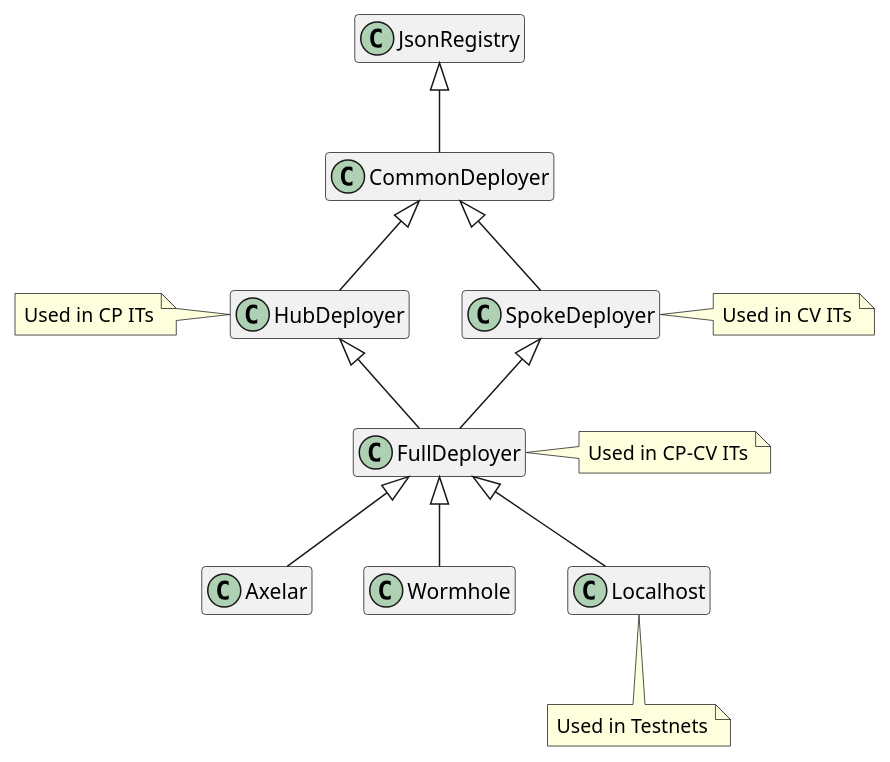
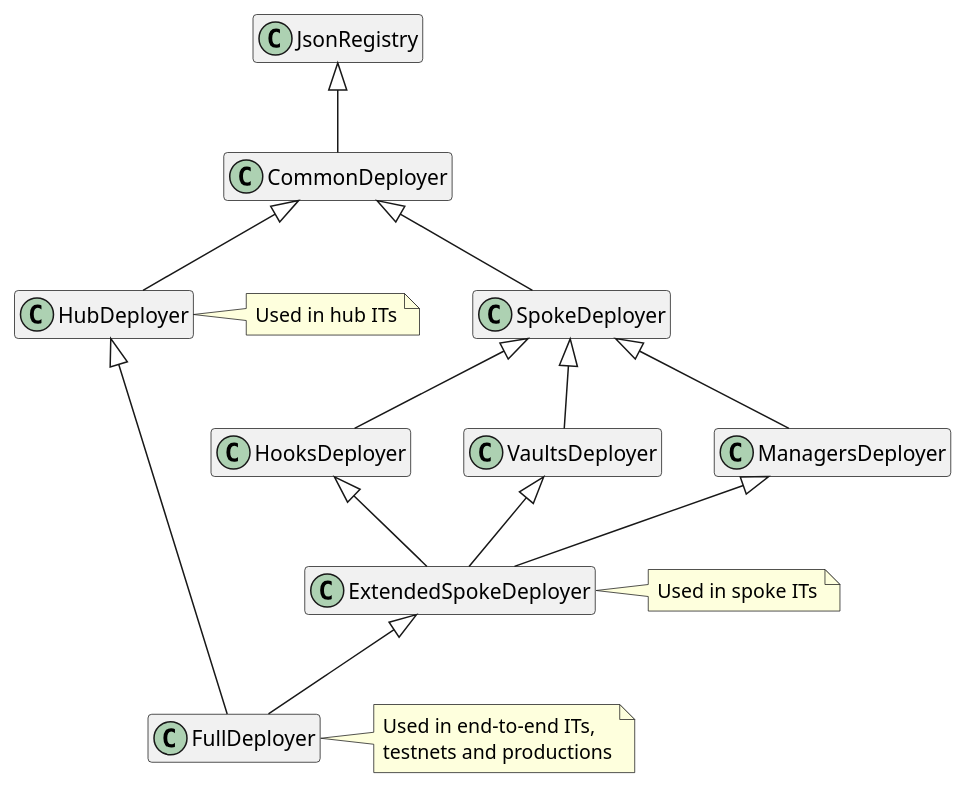
The diagram in docs/architecture/deployers.puml (centrifuge/protocol), drawn with PlantUML before and after one commit. The commit also changed 9 other files, not shown here.

Commit message:
split vaults & hooks deployers

```diff
--- a/docs/architecture/deployers.puml
+++ b/docs/architecture/deployers.puml
@@ -1,28 +1,33 @@
 @startuml
 hide empty members
 
 class JsonRegistry
 class CommonDeployer
 class HubDeployer
 class SpokeDeployer
 class FullDeployer
 
-class Axelar
-class Wormhole
-class Localhost
+class ManagersDeployer
+class VaultsDeployer
+class HooksDeployer
+class ExtendedSpokeDeployer
 
 CommonDeployer -up-|> JsonRegistry
 HubDeployer -up-|> CommonDeployer
 SpokeDeployer -up-|> CommonDeployer
-FullDeployer -up-|> HubDeployer
-FullDeployer -up-|> SpokeDeployer
 
-Axelar -up-|> FullDeployer
-Wormhole -up-|> FullDeployer
-Localhost -up-|> FullDeployer
+ManagersDeployer -up-|> SpokeDeployer
+VaultsDeployer -up-|> SpokeDeployer
+HooksDeployer -up-|> SpokeDeployer
 
-note right of SpokeDeployer: Used in CV ITs
-note left of HubDeployer: Used in CP ITs
-note right of FullDeployer: Used in CP-CV ITs
-note bottom of Localhost: Used in Testnets
+ExtendedSpokeDeployer -up-|> ManagersDeployer
+ExtendedSpokeDeployer -up-|> VaultsDeployer
+ExtendedSpokeDeployer -up-|> HooksDeployer
+
+FullDeployer -up---|> HubDeployer
+FullDeployer -up-|> ExtendedSpokeDeployer
+
+note right of ExtendedSpokeDeployer: Used in spoke ITs
+note right of HubDeployer: Used in hub ITs
+note right of FullDeployer: Used in end-to-end ITs,\ntestnets and productions
 @enduml
```
